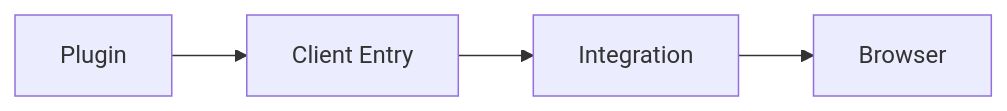
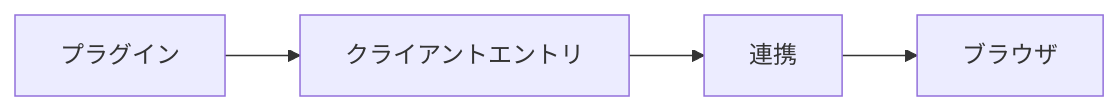
One commit to Rerurate514/riebeckite changed the sixth of 8 diagrams in docs/docs/framework/plugin-system/pipeline.ja.md. Above: the diagram before and after it, drawn with Mermaid. The commit also changed other lines of this file and 310 other files, not shown here.

````diff
--- a/docs/docs/framework/plugin-system/pipeline.ja.md
+++ b/docs/docs/framework/plugin-system/pipeline.ja.md
@@ -341,11 +273,11 @@
 ```mermaid id="wqsskl"
 flowchart LR
-    Plugin["Plugin"]
-    Client["Client Entry"]
-    Build["Integration"]
-    Browser["Browser"]
+    Plugin["プラグイン"]
+    Client["クライアントエントリ"]
+    Build["連携"]
+    Browser["ブラウザ"]
 
     Plugin --> Client
     Client --> Build
     Build --> Browser
 ```
````
